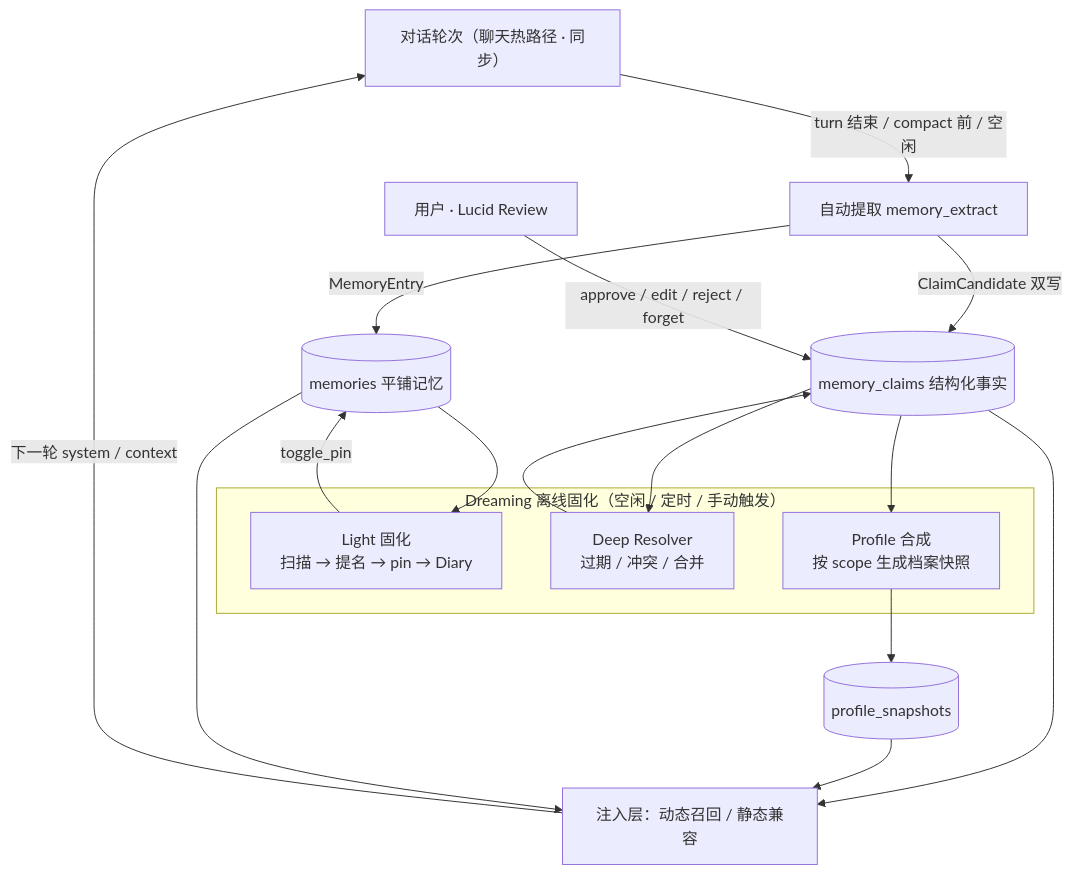
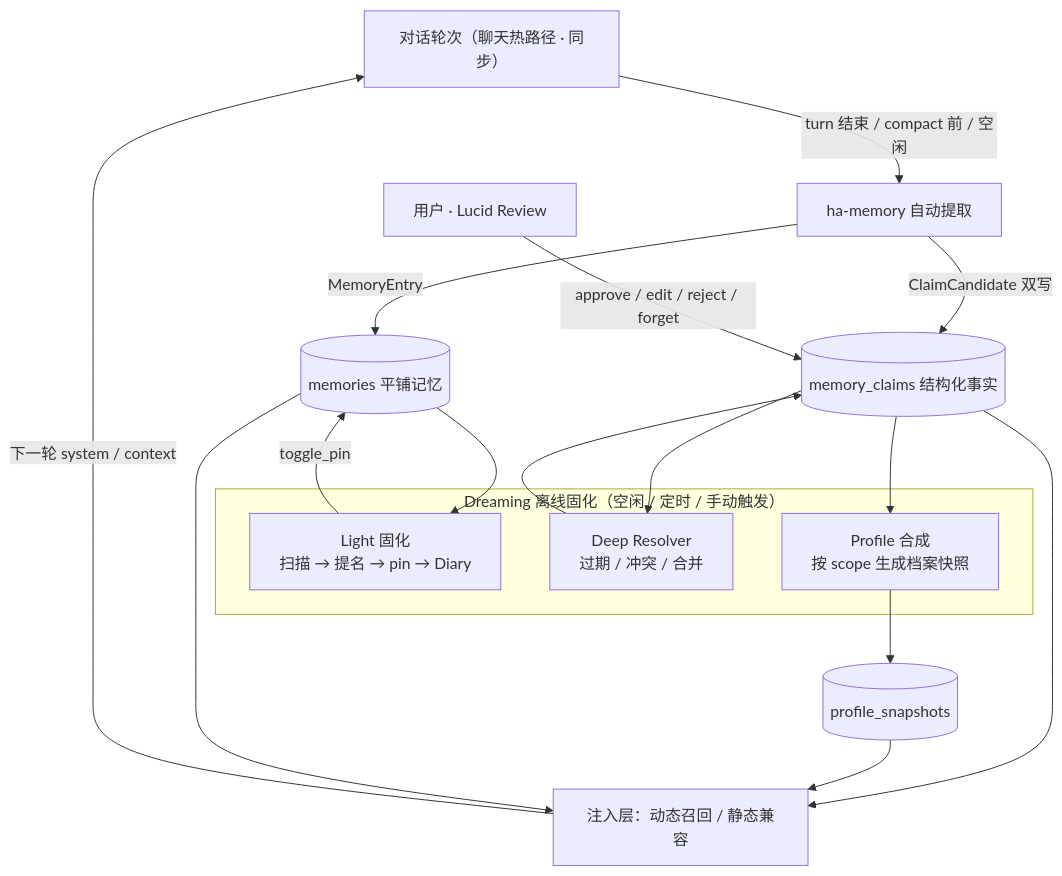
Before and after one commit to gabrielmoreira/agent-skills-mirror: the first of 5 diagrams in mirrors/repos/shiwenwen@hope-agent/docs/architecture/core/dreaming.md, drawn with Mermaid. The commit also changed other lines of this file and 2396 other files, not shown here.

````diff
--- a/mirrors/repos/shiwenwen@hope-agent/docs/architecture/core/dreaming.md
+++ b/mirrors/repos/shiwenwen@hope-agent/docs/architecture/core/dreaming.md
@@ -33,27 +33,27 @@
 ```mermaid
 flowchart TD
     CHAT["对话轮次（聊天热路径 · 同步）"]
-    CHAT -->|"turn 结束 / compact 前 / 空闲"| EX["自动提取 memory_extract"]
+    CHAT -->|"turn 结束 / compact 前 / 空闲"| EX["ha-memory 自动提取"]
     EX -->|"MemoryEntry"| MEM[("memories 平铺记忆")]
     EX -->|"ClaimCandidate 双写"| CL[("memory_claims 结构化事实")]
 
     subgraph OFFLINE["Dreaming 离线固化（空闲 / 定时 / 手动触发）"]
         L["Light 固化<br/>扫描 → 提名 → pin → Diary"]
         D["Deep Resolver<br/>过期 / 冲突 / 合并"]
         P["Profile 合成<br/>按 scope 生成档案快照"]
     end
 
     MEM --> L
     L -->|"toggle_pin"| MEM
     CL --> D
     D --> CL
     CL --> P
     P --> SNAP[("profile_snapshots")]
 
     CL --> INJ["注入层：动态召回 / 静态兼容"]
     SNAP --> INJ
     MEM --> INJ
     INJ -->|"下一轮 system / context"| CHAT
 
     USER["用户 · Lucid Review"] -->|"approve / edit / reject / forget"| CL
 ```
````
